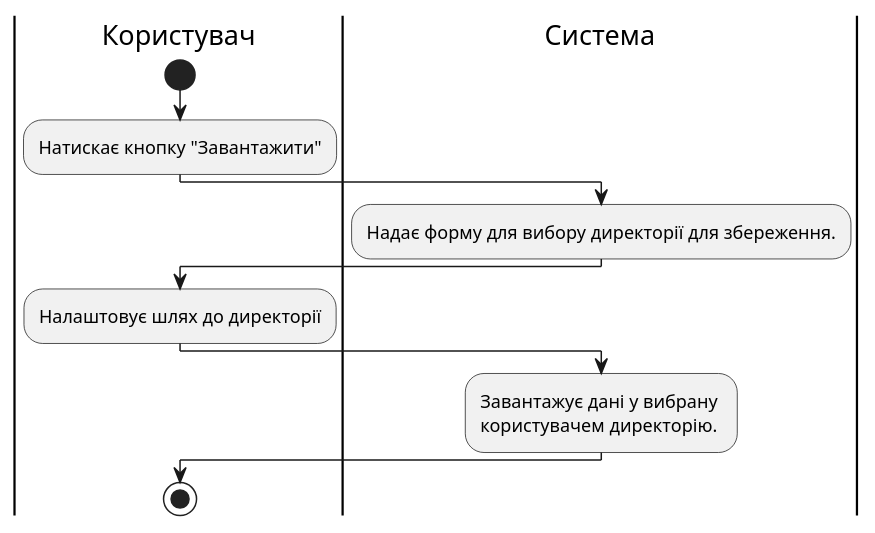
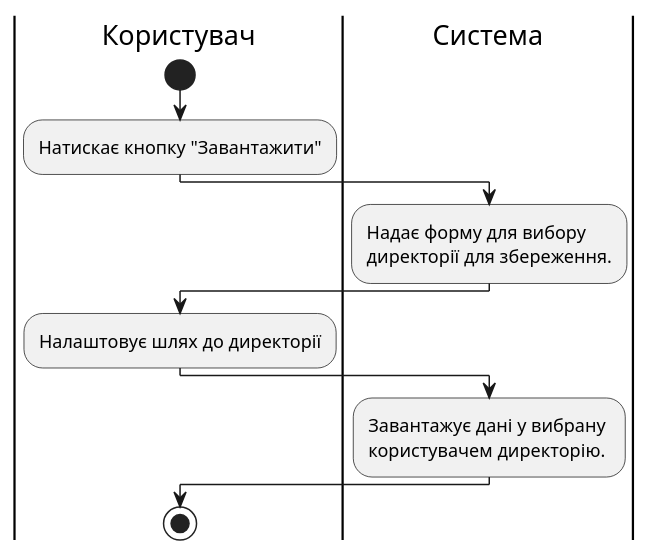
One commit to anrikolo/obd changed the diagram in src/uml/UC3.puml. Above: the diagram before and after it, drawn with PlantUML.

```diff
--- a/src/uml/UC3.puml
+++ b/src/uml/UC3.puml
@@ -1,13 +1,13 @@
 @startuml
     |Користувач|
     start
     :Натискає кнопку "Завантажити";
     |Система|
-    :Надає форму для вибору директорії для збереження.;
+    :Надає форму для вибору \nдиректорії для збереження.;
     |Користувач|
     :Налаштовує шлях до директорії;
     |Система|
     :Завантажує дані у вибрану \nкористувачем директорію.;
         |Користувач|
     stop;
 @enduml
```
